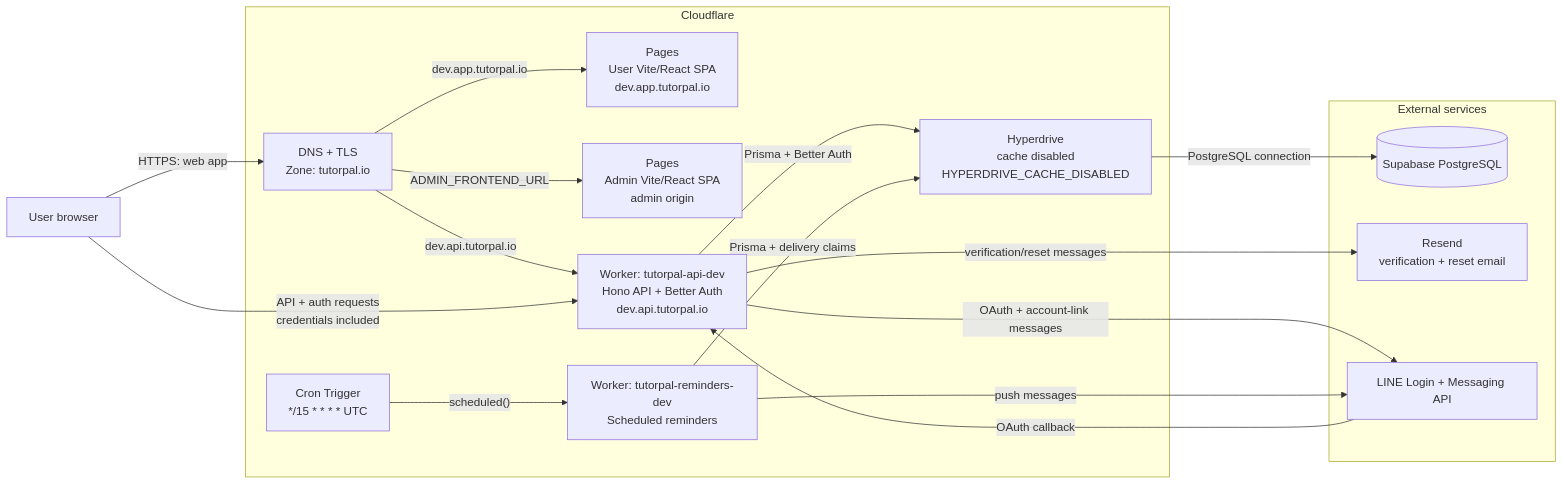
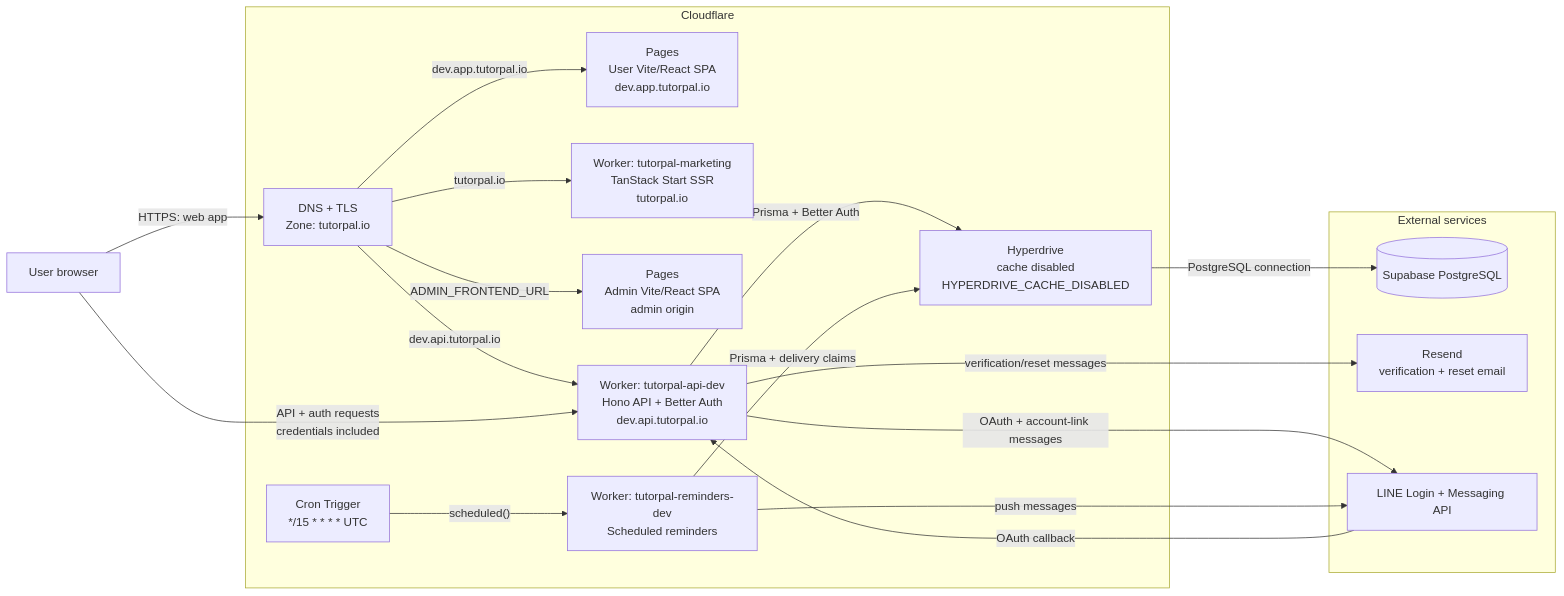
Before and after one commit to psatid/tutorpal: the diagram in docs/infrastructure.md, drawn with Mermaid. The commit also changed other lines of this file and 58 other files, not shown here.

```diff
--- a/docs/infrastructure.md
+++ b/docs/infrastructure.md
@@ -20,34 +24,36 @@
 ~~~mermaid
 flowchart LR
     browser["User browser"]
 
     subgraph cf["Cloudflare"]
         dns["DNS + TLS<br/>Zone: tutorpal.io"]
         pages["Pages<br/>User Vite/React SPA<br/>dev.app.tutorpal.io"]
+        marketingWorker["Worker: tutorpal-marketing<br/>TanStack Start SSR<br/>tutorpal.io"]
         adminPages["Pages<br/>Admin Vite/React SPA<br/>admin origin"]
         apiWorker["Worker: tutorpal-api-dev<br/>Hono API + Better Auth<br/>dev.api.tutorpal.io"]
         reminderWorker["Worker: tutorpal-reminders-dev<br/>Scheduled reminders"]
         cron["Cron Trigger<br/>*/15 * * * * UTC"]
         hyperdrive["Hyperdrive<br/>cache disabled<br/>HYPERDRIVE_CACHE_DISABLED"]
     end
 
     subgraph external["External services"]
         postgres[("Supabase PostgreSQL")]
         resend["Resend<br/>verification + reset email"]
         line["LINE Login + Messaging API"]
     end
 
     browser -->|"HTTPS: web app"| dns
+    dns -->|"tutorpal.io"| marketingWorker
     dns -->|"dev.app.tutorpal.io"| pages
     dns -->|"ADMIN_FRONTEND_URL"| adminPages
     dns -->|"dev.api.tutorpal.io"| apiWorker
     browser -->|"API + auth requests<br/>credentials included"| apiWorker
     cron -->|"scheduled()"| reminderWorker
     apiWorker -->|"Prisma + Better Auth"| hyperdrive
     reminderWorker -->|"Prisma + delivery claims"| hyperdrive
     hyperdrive -->|"PostgreSQL connection"| postgres
     apiWorker -->|"verification/reset messages"| resend
     apiWorker -->|"OAuth + account-link messages"| line
     reminderWorker -->|"push messages"| line
     line -->|"OAuth callback"| apiWorker
 ~~~
```
